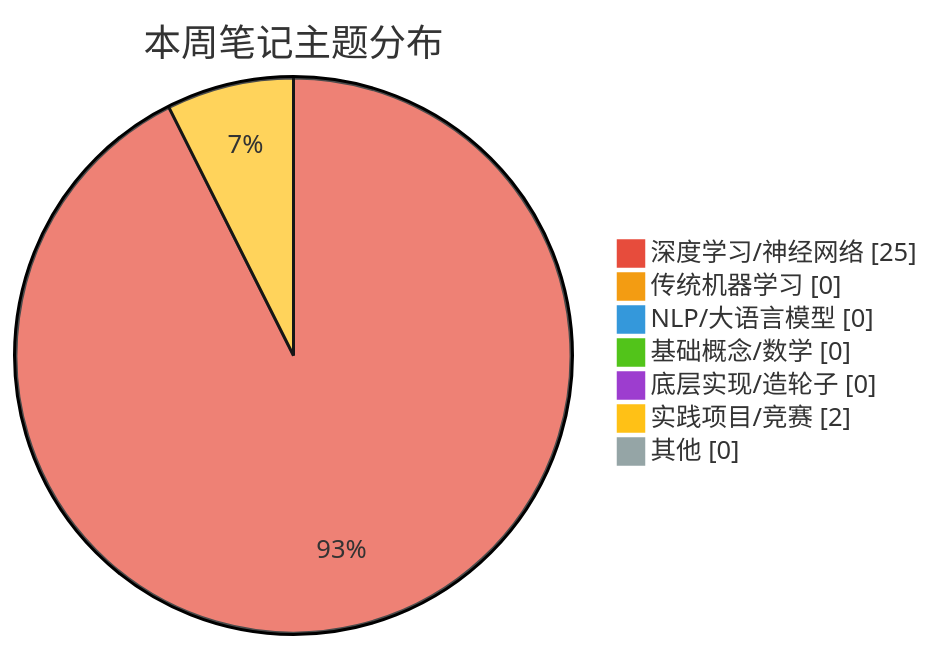
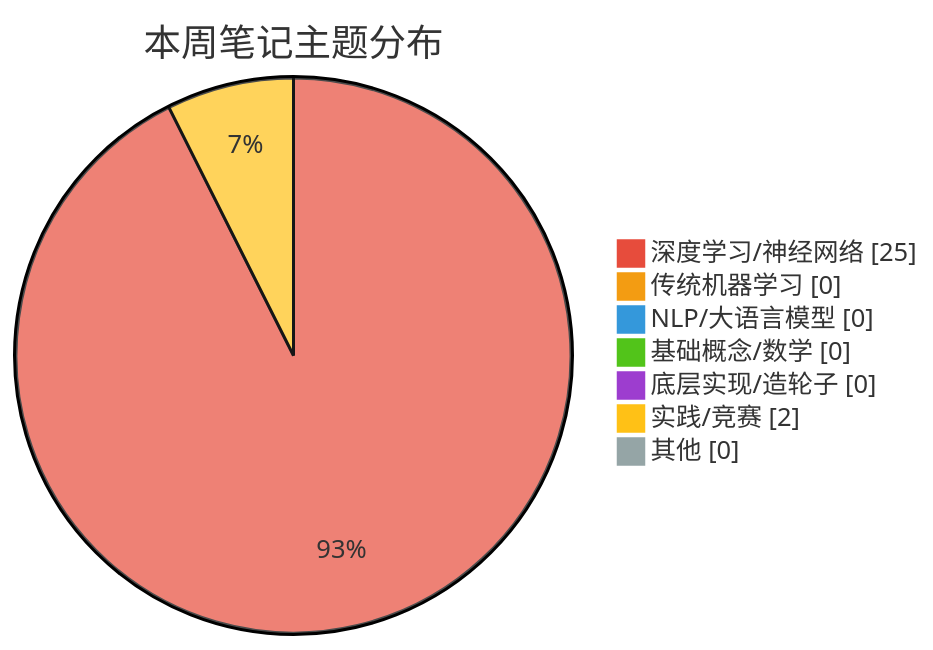
The second of 2 diagrams in 机器学习自学/学习管理/学习历程/2026-08.md (donggengmo-ad/Daily_Learning), drawn with Mermaid before and after one commit. The commit also changed other lines of this file and 222 other files, not shown here.

````diff
--- a/机器学习自学/学习管理/学习历程/2026-08.md
+++ b/机器学习自学/学习管理/学习历程/2026-08.md
@@ -134,23 +134,23 @@
 ```mermaid
 ---
 config:
   theme: base
   themeVariables:
     pie1: '#E74C3C'
     pie2: '#F39C12'
     pie3: '#3498DB'
     pie4: '#52C41A'
     pie5: '#9D3DCF'
     pie6: '#FFC116'
     pie7: '#95A5A6'
 ---
 pie showData
     title 本周笔记主题分布
     "深度学习/神经网络" : 25
     "传统机器学习" : 0
     "NLP/大语言模型" : 0
     "基础概念/数学" : 0
     "底层实现/造轮子" : 0
-    "实践项目/竞赛" : 2
+    "实践/竞赛" : 2
     "其他" : 0
 ```
````
